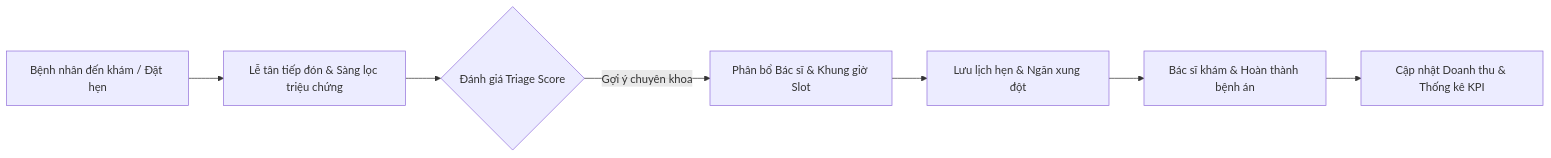
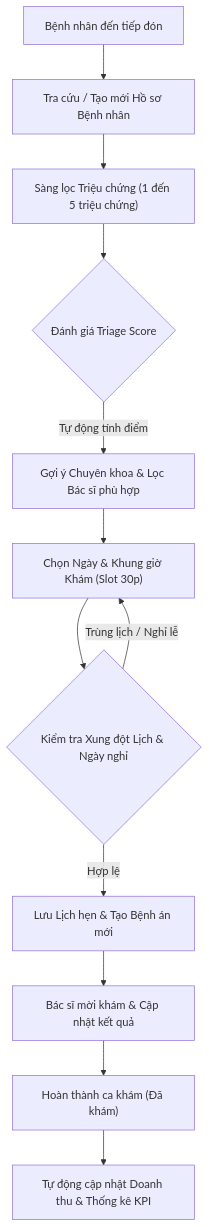
One commit to LeHuuHoang-26/PBL_2 changed the diagram in README.md. Above: the diagram before and after it, drawn with Mermaid. The commit also changed other lines of this file and 39 other files, not shown here.

````diff
--- a/README.md
+++ b/README.md
@@ -37,9 +45,14 @@
 ```mermaid
-flowchart LR
-    A[Bệnh nhân đến khám / Đặt hẹn] --> B[Lễ tân tiếp đón & Sàng lọc triệu chứng]
-    B --> C{Đánh giá Triage Score}
-    C -->|Gợi ý chuyên khoa| D[Phân bổ Bác sĩ & Khung giờ Slot]
-    D --> E[Lưu lịch hẹn & Ngăn xung đột]
-    E --> F[Bác sĩ khám & Hoàn thành bệnh án]
-    F --> G[Cập nhật Doanh thu & Thống kê KPI]
+flowchart TD
+    A["Bệnh nhân đến tiếp đón"] --> B["Tra cứu / Tạo mới Hồ sơ Bệnh nhân"]
+    B --> C["Sàng lọc Triệu chứng (1 đến 5 triệu chứng)"]
+    C --> D{"Đánh giá Triage Score"}
+    D -->|Tự động tính điểm| E["Gợi ý Chuyên khoa & Lọc Bác sĩ phù hợp"]
+    E --> F["Chọn Ngày & Khung giờ Khám (Slot 30p)"]
+    F --> G{"Kiểm tra Xung đột Lịch & Ngày nghỉ"}
+    G -->|Hợp lệ| H["Lưu Lịch hẹn & Tạo Bệnh án mới"]
+    G -->|Trùng lịch / Nghỉ lễ| F
+    H --> I["Bác sĩ mời khám & Cập nhật kết quả"]
+    I --> J["Hoàn thành ca khám (Đã khám)"]
+    J --> K["Tự động cập nhật Doanh thu & Thống kê KPI"]
 ```
````
